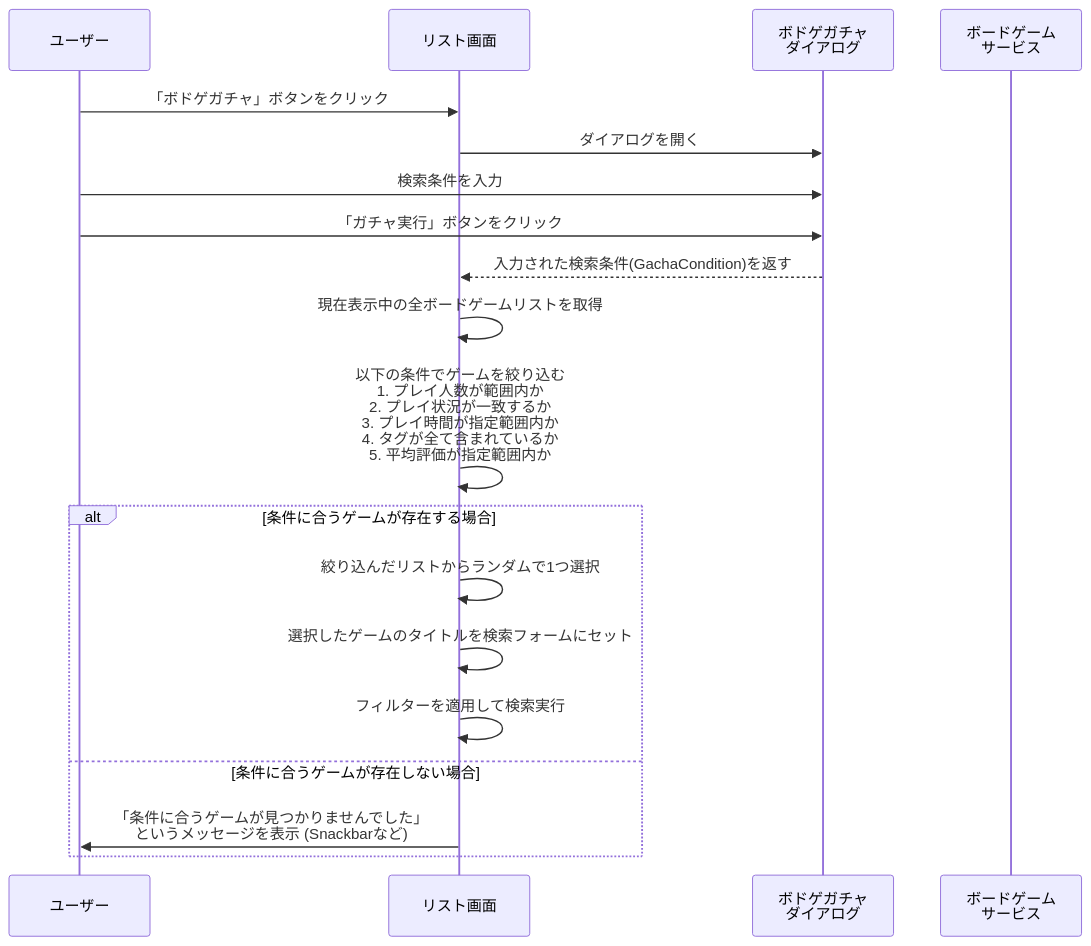
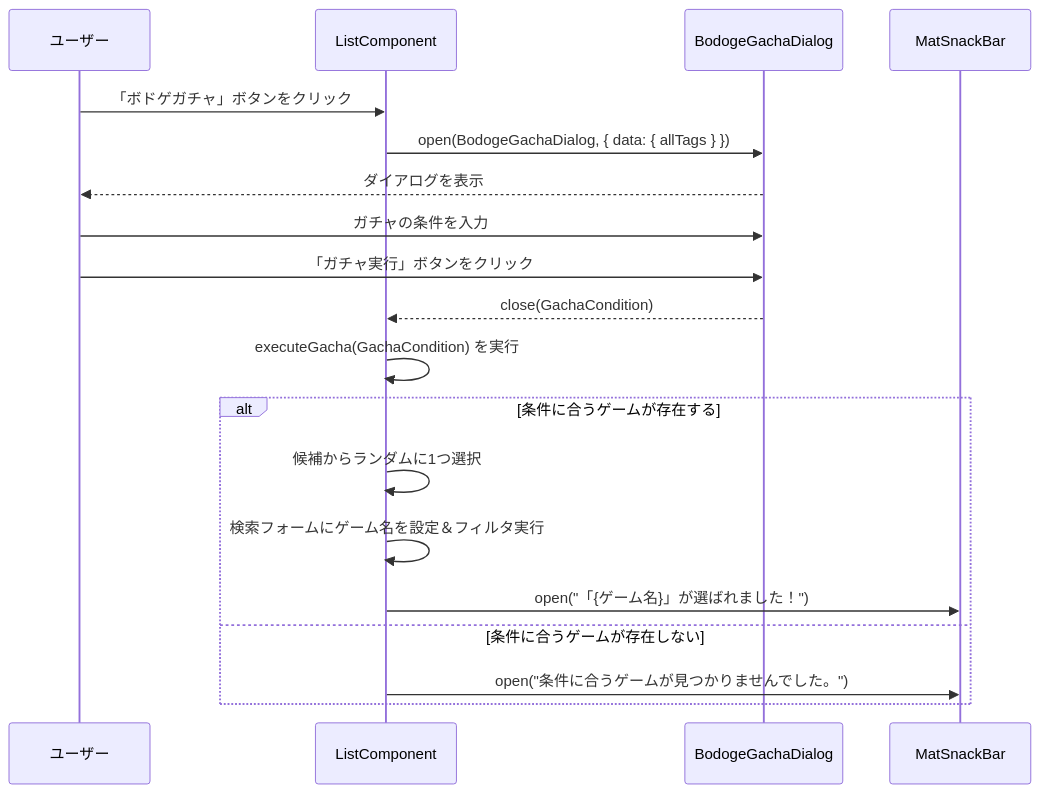
The second of 2 diagrams in document/bodoge-gacha-dialog.md (t-kajimoto/bg-manager), drawn with Mermaid before and after one commit. The commit also changed other lines of this file and 7 other files, not shown here.

````diff
--- a/document/bodoge-gacha-dialog.md
+++ b/document/bodoge-gacha-dialog.md
@@ -60,25 +77,23 @@
 ```mermaid
 sequenceDiagram
     participant User as ユーザー
-    participant ListComponent as リスト画面
-    participant BodogeGachaDialog as ボドゲガチャ<br>ダイアログ
-    participant BoardgameService as ボードゲーム<br>サービス
+    participant List as ListComponent
+    participant GachaDialog as BodogeGachaDialog
+    participant SnackBar as MatSnackBar
 
-    User->>ListComponent: 「ボドゲガチャ」ボタンをクリック
-    ListComponent->>BodogeGachaDialog: ダイアログを開く
+    User->>List: 「ボドゲガチャ」ボタンをクリック
+    List->>GachaDialog: open(BodogeGachaDialog, { data: { allTags } })
+    GachaDialog-->>User: ダイアログを表示
+    User->>GachaDialog: ガチャの条件を入力
+    User->>GachaDialog: 「ガチャ実行」ボタンをクリック
+    GachaDialog-->>List: close(GachaCondition)
 
-    User->>BodogeGachaDialog: 検索条件を入力
-    User->>BodogeGachaDialog: 「ガチャ実行」ボタンをクリック
-    BodogeGachaDialog-->>ListComponent: 入力された検索条件(GachaCondition)を返す
-
-    ListComponent->>ListComponent: 現在表示中の全ボードゲームリストを取得
-    ListComponent->>ListComponent: 以下の条件でゲームを絞り込む<br>1. プレイ人数が範囲内か<br>2. プレイ状況が一致するか<br>3. プレイ時間が指定範囲内か<br>4. タグが全て含まれているか<br>5. 平均評価が指定範囲内か
-    
-    alt 条件に合うゲームが存在する場合
-        ListComponent->>ListComponent: 絞り込んだリストからランダムで1つ選択
-        ListComponent->>ListComponent: 選択したゲームのタイトルを検索フォームにセット
-        ListComponent->>ListComponent: フィルターを適用して検索実行
-    else 条件に合うゲームが存在しない場合
-        ListComponent->>User: 「条件に合うゲームが見つかりませんでした」<br>というメッセージを表示 (Snackbarなど)
+    List->>List: executeGacha(GachaCondition) を実行
+    alt 条件に合うゲームが存在する
+        List->>List: 候補からランダムに1つ選択
+        List->>List: 検索フォームにゲーム名を設定＆フィルタ実行
+        List->>SnackBar: open("「{ゲーム名}」が選ばれました！")
+    else 条件に合うゲームが存在しない
+        List->>SnackBar: open("条件に合うゲームが見つかりませんでした。")
     end
 ```
````
